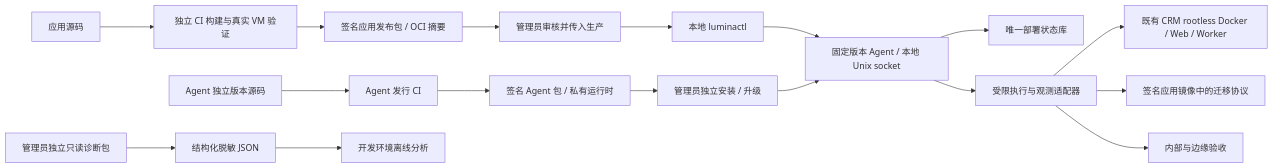
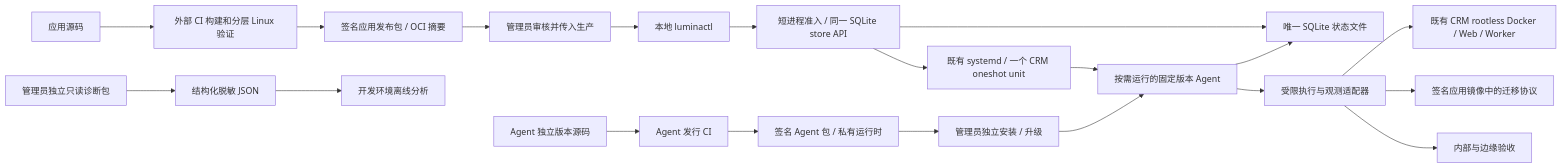
The diagram in docs/deployment-v2/02-target-architecture.md (kewtgh/crm), drawn with Mermaid before and after one commit. The commit also changed other lines of this file and 8 other files, not shown here.

````diff
--- a/docs/deployment-v2/02-target-architecture.md
+++ b/docs/deployment-v2/02-target-architecture.md
@@ -7,19 +7,22 @@
 ```mermaid
 flowchart LR
-  SRC[应用源码] --> CI[独立 CI 构建与真实 VM 验证]
+  SRC[应用源码] --> CI[外部 CI 构建和分层 Linux 验证]
   CI --> APP[签名应用发布包 / OCI 摘要]
   ASRC[Agent 独立版本源码] --> ACI[Agent 发行 CI]
   ACI --> AGPKG[签名 Agent 包 / 私有运行时]
   APP --> ADMIN[管理员审核并传入生产]
   AGPKG --> INSTALL[管理员独立安装 / 升级]
   ADMIN --> CLI[本地 luminactl]
-  CLI --> CORE[固定版本 Agent / 本地 Unix socket]
+  CLI --> ADMIT[短进程准入 / 同一 SQLite store API]
+  ADMIT --> STORE[唯一 SQLite 状态文件]
+  ADMIT --> UNIT[既有 systemd / 一个 CRM oneshot unit]
+  UNIT --> CORE[按需运行的固定版本 Agent]
   INSTALL --> CORE
-  CORE --> STORE[唯一部署状态库]
+  CORE --> STORE
   CORE --> ADAPTER[受限执行与观测适配器]
   ADAPTER --> OWN[既有 CRM rootless Docker / Web / Worker]
   ADAPTER --> MIG[签名应用镜像中的迁移协议]
   ADAPTER --> HEALTH[内部与边缘验收]
   DIAG[管理员独立只读诊断包] --> OBS[结构化脱敏 JSON]
   OBS --> OFFLINE[开发环境离线分析]
 ```
````
